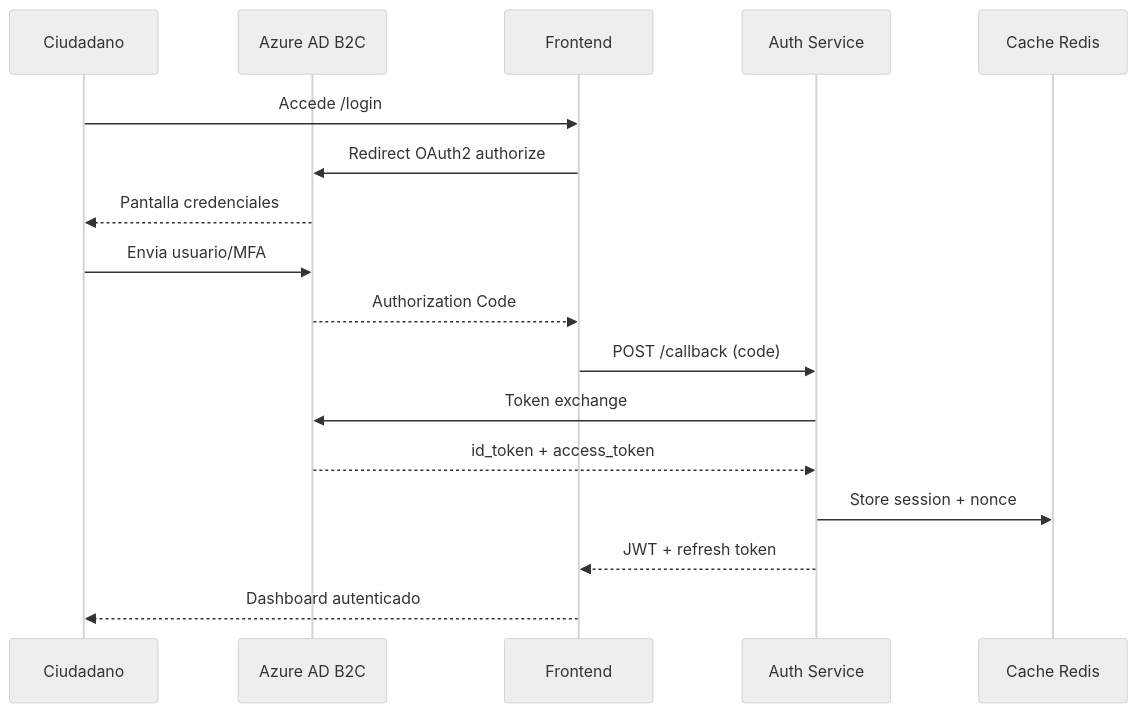
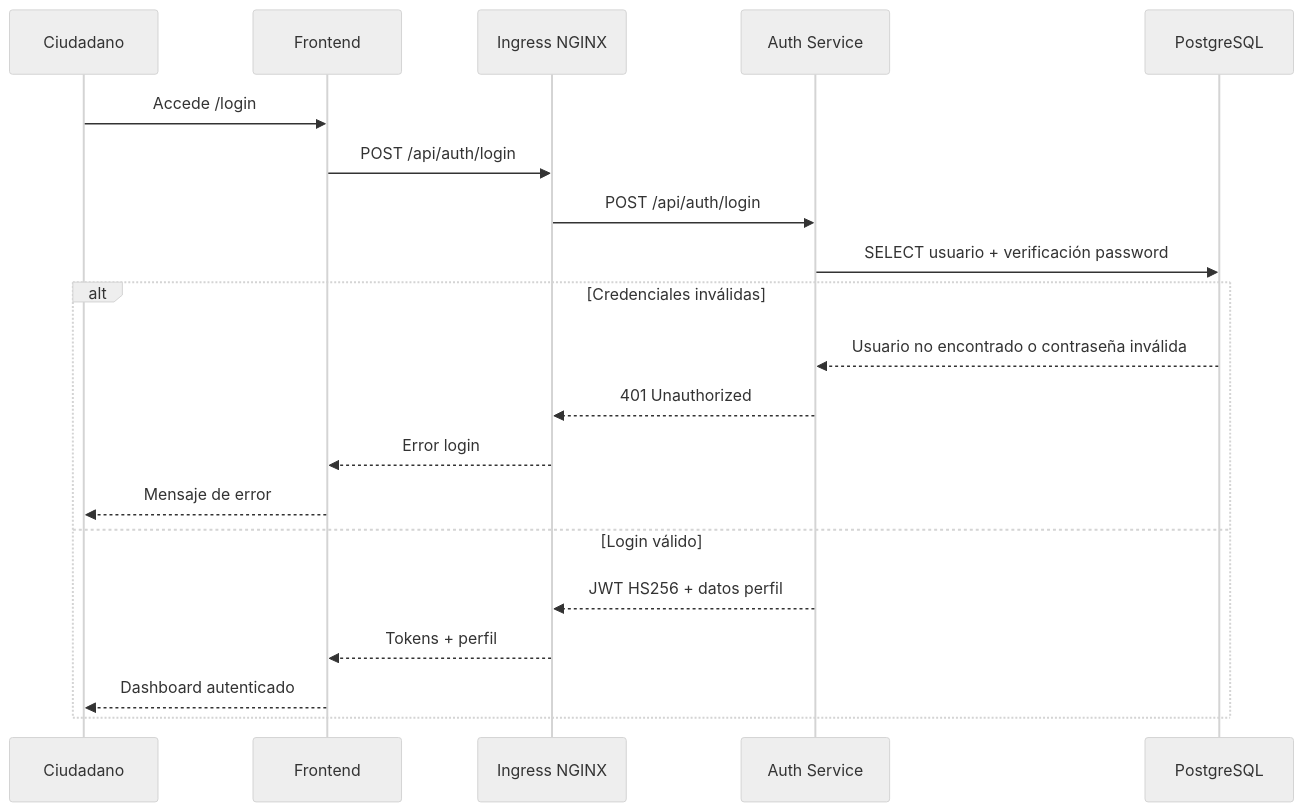
Before and after one commit to manuquistial/arquitectura-avanzada: the fifth of 8 diagrams in docs/ARQUITECTURA_CARPETA_CIUDADANA.md, drawn with Mermaid. The commit also changed other lines of this file and 5 other files, not shown here.

````diff
--- a/docs/ARQUITECTURA_CARPETA_CIUDADANA.md
+++ b/docs/ARQUITECTURA_CARPETA_CIUDADANA.md
@@ -293,21 +316,24 @@
 ```mermaid
 %%{init: {'theme': 'neutral'}}%%
 sequenceDiagram
     participant User as Ciudadano
-    participant B2C as Azure AD B2C
     participant FE as Frontend
+    participant ING as Ingress NGINX
     participant AUTH as Auth Service
-    participant Redis as Cache Redis
+    participant DB as PostgreSQL
 
     User->>FE: Accede /login
-    FE->>B2C: Redirect OAuth2 authorize
-    B2C-->>User: Pantalla credenciales
-    User->>B2C: Envia usuario/MFA
-    B2C-->>FE: Authorization Code
-    FE->>AUTH: POST /callback (code)
-    AUTH->>B2C: Token exchange
-    B2C-->>AUTH: id_token + access_token
-    AUTH->>Redis: Store session + nonce
-    AUTH-->>FE: JWT + refresh token
-    FE-->>User: Dashboard autenticado
+    FE->>ING: POST /api/auth/login
+    ING->>AUTH: POST /api/auth/login
+    AUTH->>DB: SELECT usuario + verificación password
+    alt Credenciales inválidas
+        DB-->>AUTH: Usuario no encontrado o contraseña inválida
+        AUTH-->>ING: 401 Unauthorized
+        ING-->>FE: Error login
+        FE-->>User: Mensaje de error
+    else Login válido
+        AUTH-->>ING: JWT HS256 + datos perfil
+        ING-->>FE: Tokens + perfil
+        FE-->>User: Dashboard autenticado
+    end
 ```
````
